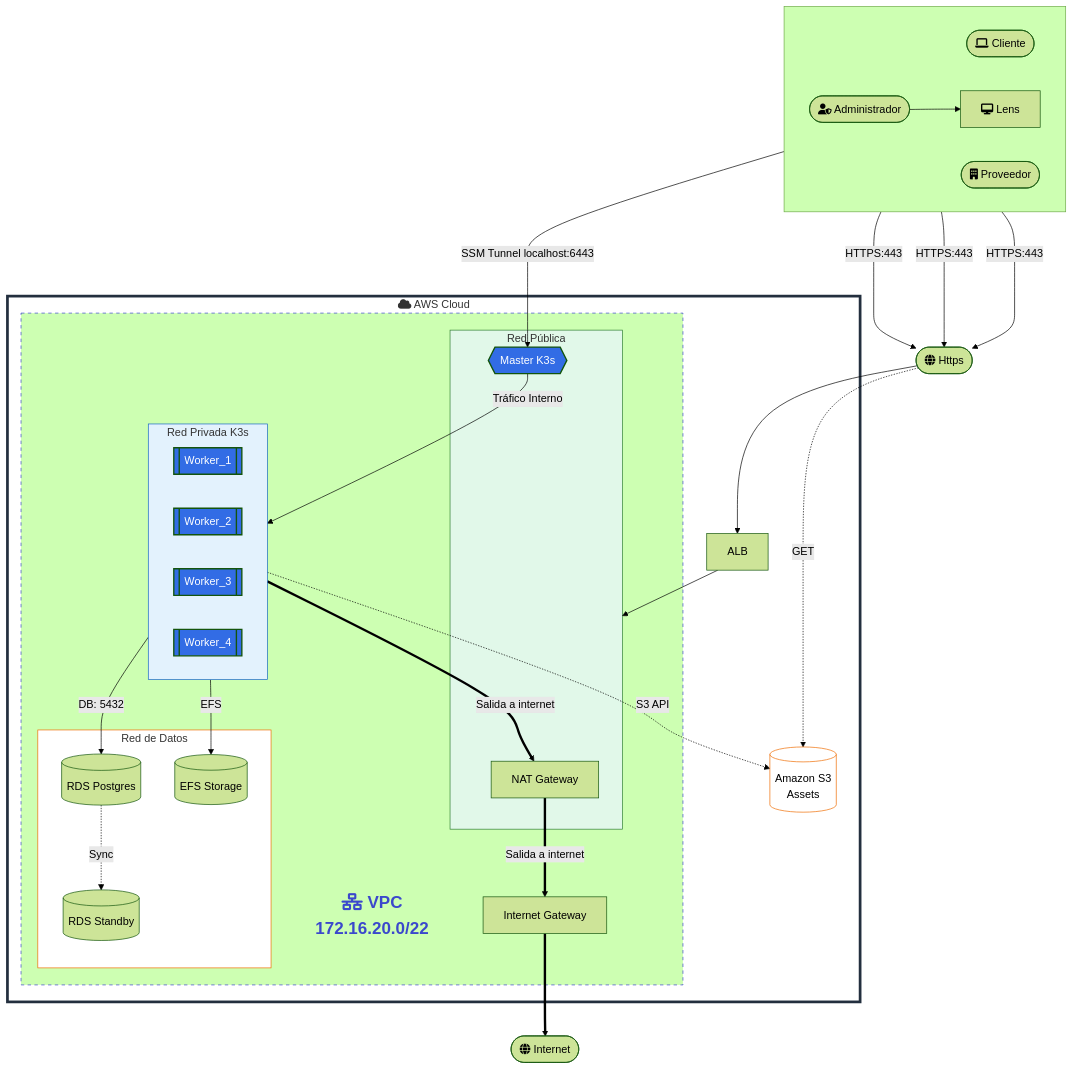
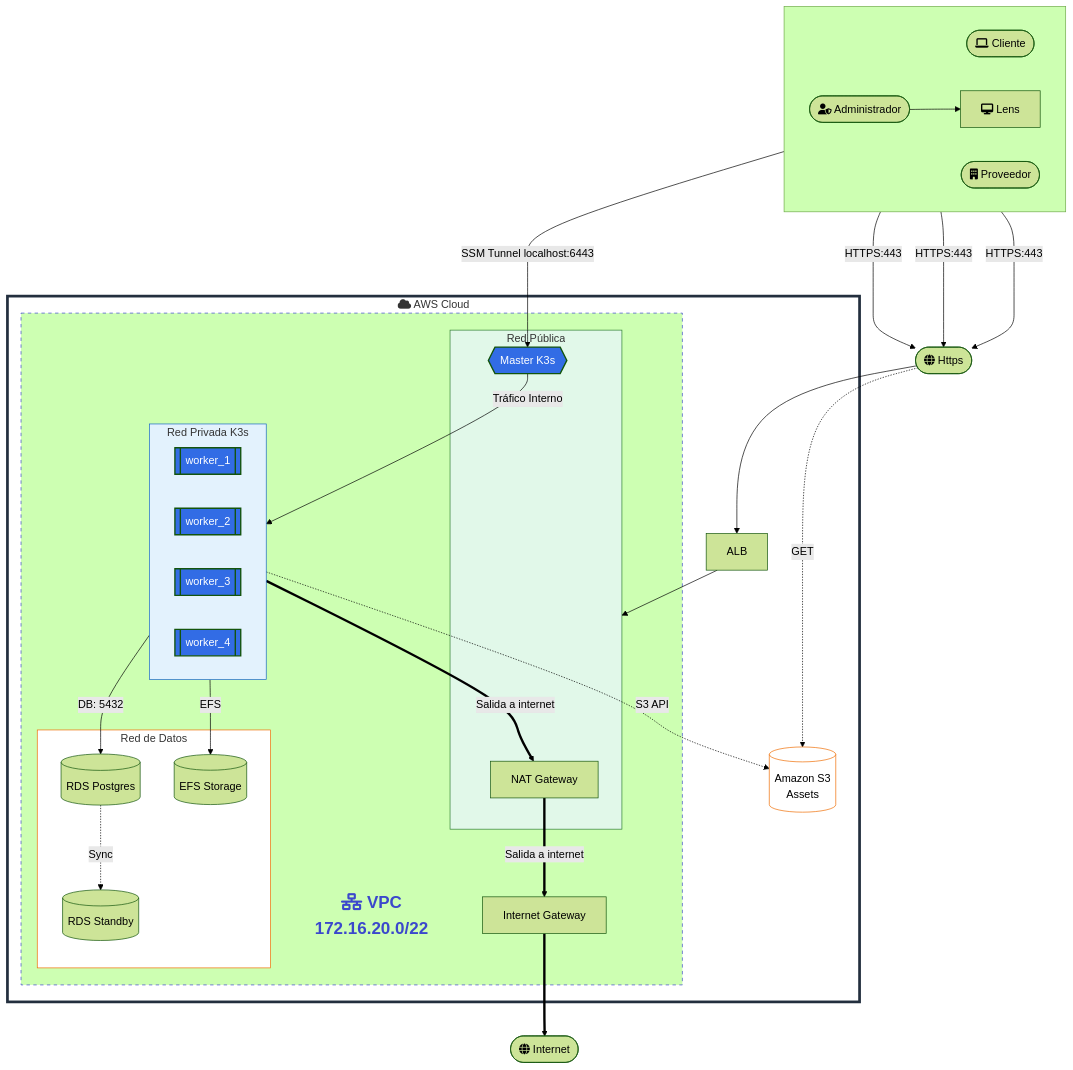
The diagram in readme.md (jquinterov-ITM/Proyecto-D-Una---InfraEstructura-con-Terraform), drawn with Mermaid (forest theme) before and after one commit. The commit also changed other lines of this file and 3 other files, not shown here.

````diff
--- a/readme.md
+++ b/readme.md
@@ -57,72 +57,72 @@
 ```mermaid
 flowchart TB
     classDef cloud fill:#fff,stroke:#232F3E,stroke-width:4px;
     classDef vpc stroke:#3B48CC,stroke:#3B48CCstroke-width:2px,stroke-dasharray: 5 5;
     classDef pub fill:#e1f8e9,stroke:#2e7d32,stroke-width:1px;
     classDef priv fill:#e3f2fd,stroke:#1565c0,stroke-width:1px;
     classDef db fill:#fff,stroke:#ef6c00,stroke-width:1px;
     classDef k3s fill:#326ce5,color:#fff,stroke-width:2px;
     classDef invisibleVPC fill:none,stroke:none,color:#3B48CC,font-weight:bold,font-size:25px;
 
 
     %% Usuarios 
     subgraph Usuarios [ ]
         direction LR
         Cliente([fa:fa-laptop Cliente])
         Proveedor([fa:fa-building Proveedor])
         Administrador([fa:fa-user-shield Administrador])
         Lens[fa:fa-desktop Lens]
     end
     
     Cliente & Proveedor & Administrador -- "HTTPS:443" ---> HTTPS([fa:fa-globe Https])
     
     HTTPS --> ALB
     
     subgraph AWS ["fa:fa-cloud AWS Cloud"]
         ALB[ALB]
         S3[(Amazon S3<br/>Assets)]
         
         subgraph VPC [" "]
             L2[fa:fa-network-wired VPC <br/> 172.16.20.0/22]:::invisibleVPC
             
             subgraph PUB1 [Red Pública]
                 NAT1[NAT Gateway]
                 M1{{Master K3s}}
             end
             subgraph PRIV1 [Red Privada K3s]
-                W1[[Worker_1]]
-                W2[[Worker_2]]
-                W3[[Worker_3]]
-                W4[[Worker_4]]
+                W1[[worker_1]]
+                W2[[worker_2]]
+                W3[[worker_3]]
+                W4[[worker_4]]
             end
             subgraph DB_SUB1 [Red de Datos]
                 RDS[(RDS Postgres)]
                 RDS_S[(RDS Standby)]
                 EFS[(EFS Storage)]
             end
             IGW[Internet Gateway]
         end
     end
     Internet([fa:fa-globe Internet])
 
     %% Administracion segura
     Administrador --> Lens -- "SSM Tunnel localhost:6443" --> M1
 
     %% Conexiones de aplicacion
     ALB --> PUB1
     M1 -- "Tráfico Interno" --> PRIV1
     PRIV1 -- "DB: 5432" --> RDS
     RDS -. "Sync" .-> RDS_S
     PRIV1 -- "EFS" --> EFS
    
 
     %% S3 Assets (GAP-INFRA-002)
     PRIV1 -. "S3 API" .-> S3
     HTTPS -. "GET" .-> S3
 
     %% Salida a Internet restringida por NAT
     PRIV1 ==Salida a internet==> NAT1 ==Salida a internet==> IGW ==> Internet
 
     class AWS cloud; class VPC vpc; class PUB1 pub;
     class PRIV1 priv; class DB_SUB1,S3 db; class M1,W1,W2,W3,W4 k3s;
 ```
````
